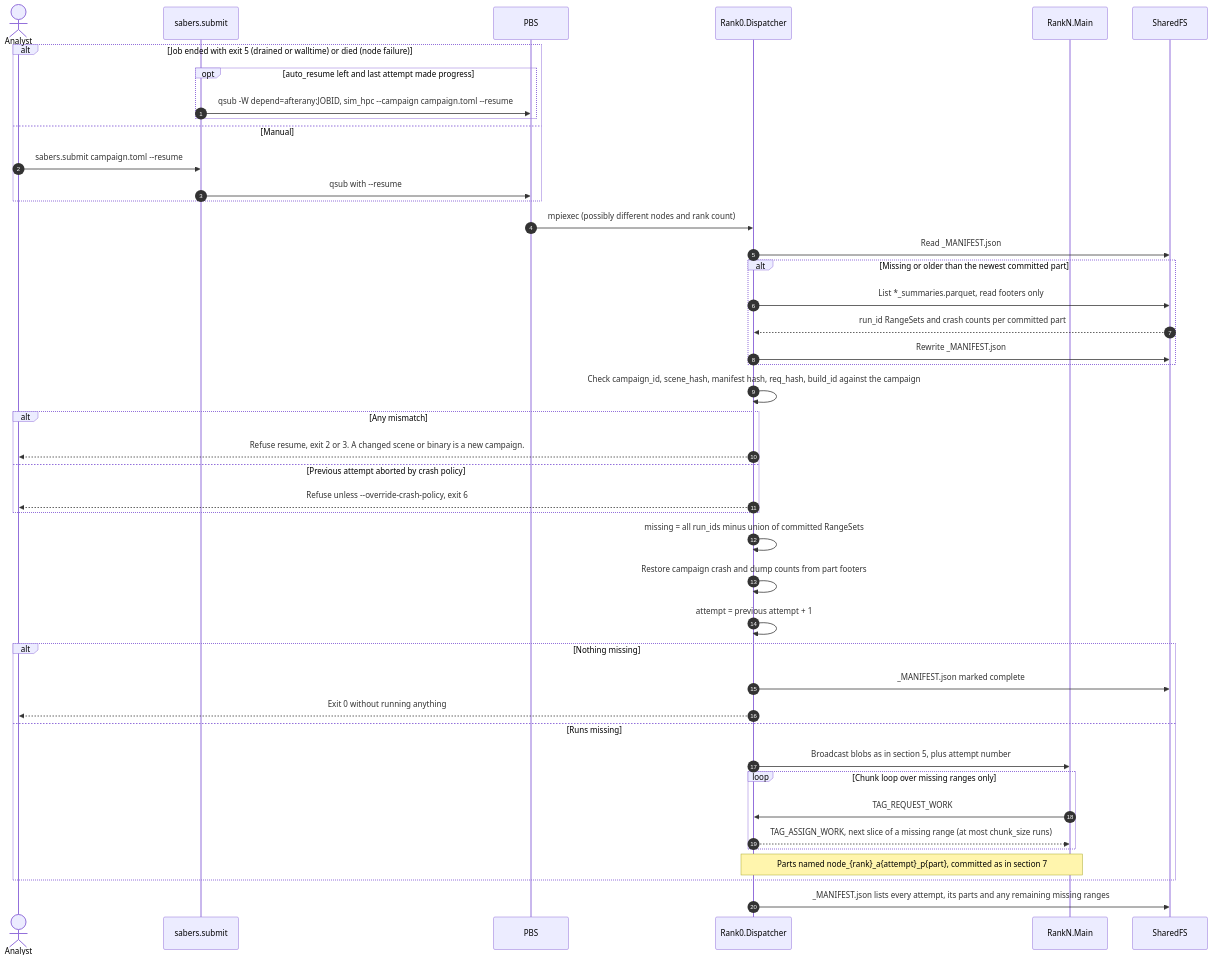
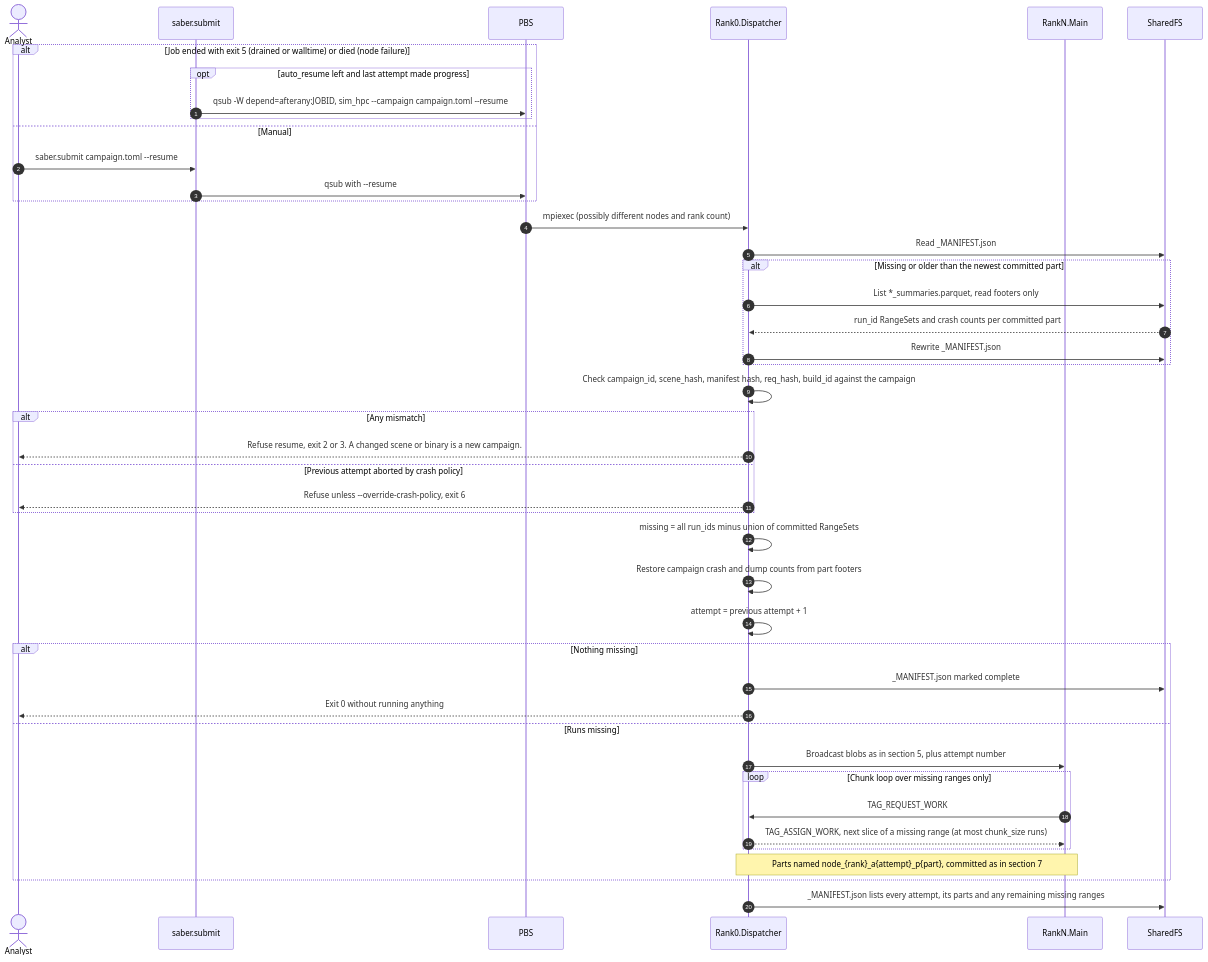
One commit to Schmiedium/SABER changed diagram 18 of 18 in docs/design/sequence-diagrams.md. Above: the diagram before and after it, drawn with Mermaid. The commit also changed other lines of this file and 6 other files, not shown here.

First line of the commit message:
Rename sabers identifiers to saber across the design docs (D18)

````diff
--- a/docs/design/sequence-diagrams.md
+++ b/docs/design/sequence-diagrams.md
@@ -1116,47 +1116,47 @@
 ```mermaid
 sequenceDiagram
     autonumber
     actor Analyst
-    participant Submit as sabers.submit
+    participant Submit as saber.submit
     participant PBS
     participant Rank0 as Rank0.Dispatcher
     participant RankN as RankN.Main
     participant SharedFS
 
     alt Job ended with exit 5 (drained or walltime) or died (node failure)
         opt auto_resume left and last attempt made progress
             Submit->>PBS: qsub -W depend=afterany:JOBID, sim_hpc --campaign campaign.toml --resume
         end
     else Manual
-        Analyst->>Submit: sabers.submit campaign.toml --resume
+        Analyst->>Submit: saber.submit campaign.toml --resume
         Submit->>PBS: qsub with --resume
     end
     PBS->>Rank0: mpiexec (possibly different nodes and rank count)
     Rank0->>SharedFS: Read _MANIFEST.json
     alt Missing or older than the newest committed part
         Rank0->>SharedFS: List *_summaries.parquet, read footers only
         SharedFS-->>Rank0: run_id RangeSets and crash counts per committed part
         Rank0->>SharedFS: Rewrite _MANIFEST.json
     end
     Rank0->>Rank0: Check campaign_id, scene_hash, manifest hash, req_hash, build_id against the campaign
     alt Any mismatch
         Rank0-->>Analyst: Refuse resume, exit 2 or 3. A changed scene or binary is a new campaign.
     else Previous attempt aborted by crash policy
         Rank0-->>Analyst: Refuse unless --override-crash-policy, exit 6
     end
     Rank0->>Rank0: missing = all run_ids minus union of committed RangeSets
     Rank0->>Rank0: Restore campaign crash and dump counts from part footers
     Rank0->>Rank0: attempt = previous attempt + 1
     alt Nothing missing
         Rank0->>SharedFS: _MANIFEST.json marked complete
         Rank0-->>Analyst: Exit 0 without running anything
     else Runs missing
         Rank0->>RankN: Broadcast blobs as in section 5, plus attempt number
         loop Chunk loop over missing ranges only
             RankN->>Rank0: TAG_REQUEST_WORK
             Rank0-->>RankN: TAG_ASSIGN_WORK, next slice of a missing range (at most chunk_size runs)
         end
         Note over Rank0,RankN: Parts named node_{rank}_a{attempt}_p{part}, committed as in section 7
     end
     Rank0->>SharedFS: _MANIFEST.json lists every attempt, its parts and any remaining missing ranges
 ```
````
